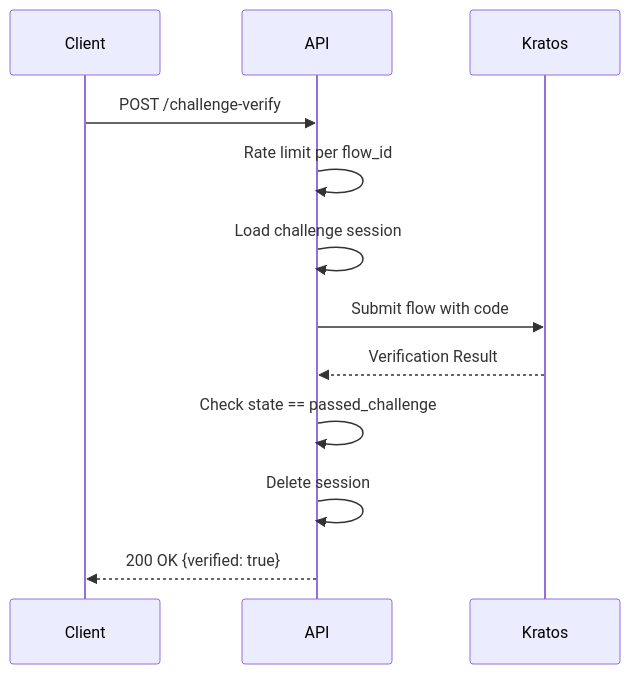
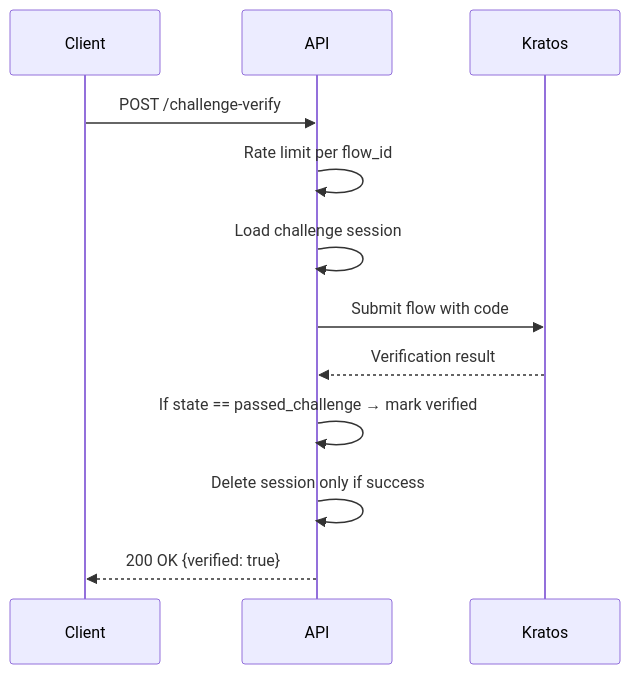
One commit to lifenetwork-ai/iam-service changed the second of 2 diagrams in dev-docs/Verification.md. Above: the diagram before and after it, drawn with Mermaid. The commit also changed other lines of this file and 5 other files, not shown here.

First line of the commit message:
fix: verification flow (#99)

````diff
--- a/dev-docs/Verification.md
+++ b/dev-docs/Verification.md
@@ -100,15 +100,15 @@
 ```mermaid
 sequenceDiagram
     participant Client
     participant API
     participant Kratos
 
     Client->>API: POST /challenge-verify
     API->>API: Rate limit per flow_id
     API->>API: Load challenge session
     API->>Kratos: Submit flow with code
-    Kratos-->>API: Verification Result
-    API->>API: Check state == passed_challenge
-    API->>API: Delete session
+    Kratos-->>API: Verification result
+    API->>API: If state == passed_challenge → mark verified
+    API->>API: Delete session only if success
     API-->>Client: 200 OK {verified: true}
 ```
````
